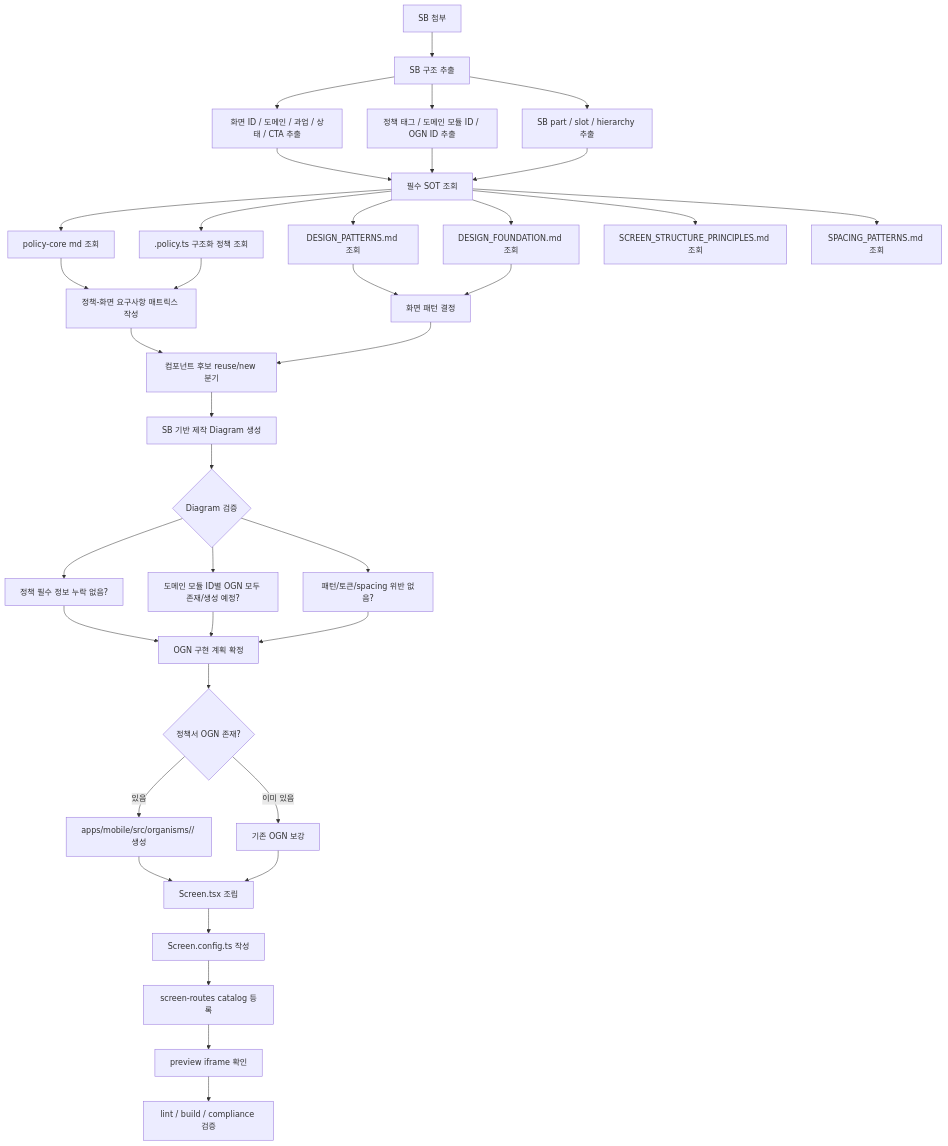
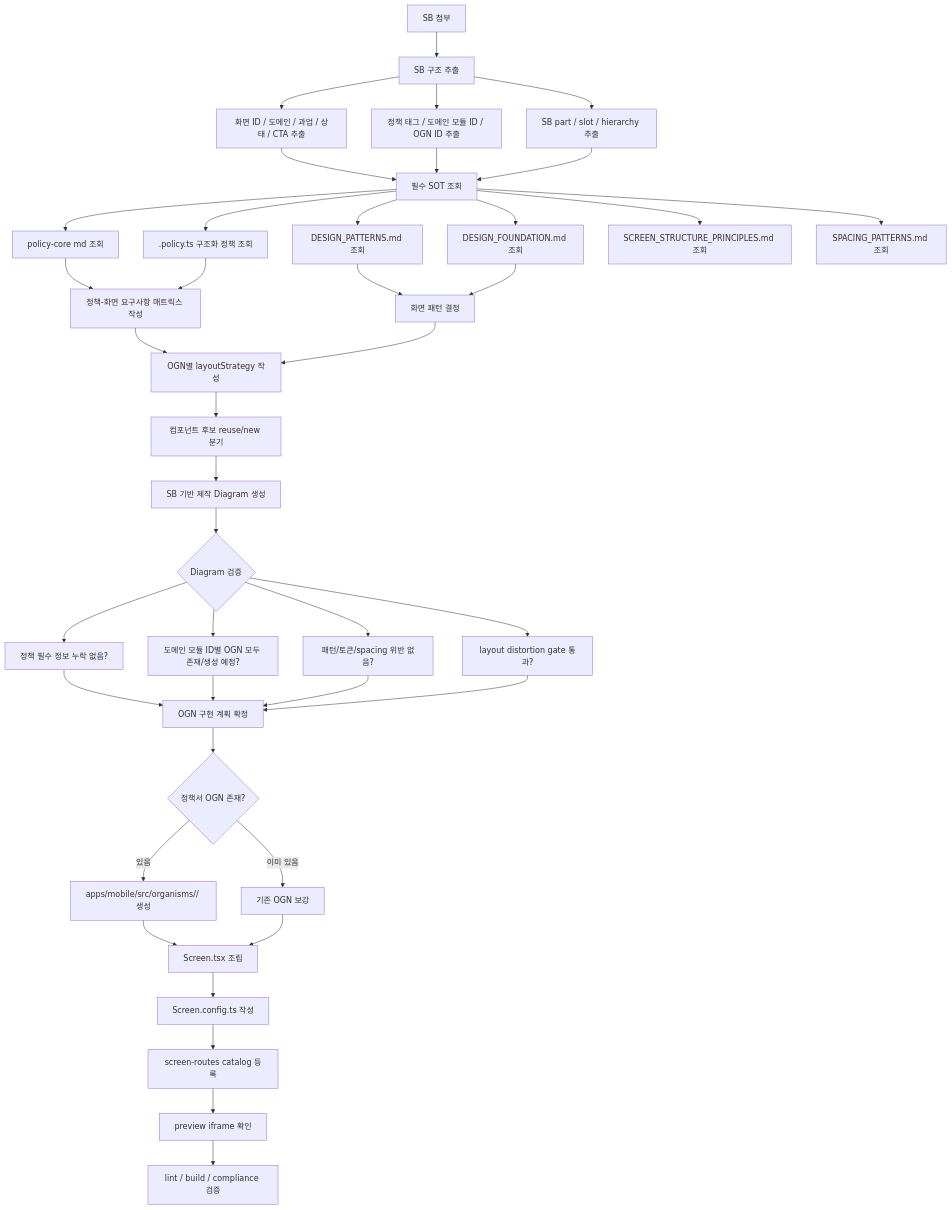
Before and after one commit to ewoooo/rnd-screen-to-screen: the diagram in SCREEN_GENERATION_FLOW.md, drawn with Mermaid. The commit also changed other lines of this file and 153 other files, not shown here.

Commit message:
Improve legacy converted MBR diagrams and components

````diff
--- a/SCREEN_GENERATION_FLOW.md
+++ b/SCREEN_GENERATION_FLOW.md
@@ -7,49 +7,52 @@
 ```mermaid
 flowchart TD
     A["SB 첨부"] --> B["SB 구조 추출"]
     B --> B1["화면 ID / 도메인 / 과업 / 상태 / CTA 추출"]
     B --> B2["정책 태그 / 도메인 모듈 ID / OGN ID 추출"]
     B --> B3["SB part / slot / hierarchy 추출"]
 
     B1 --> C["필수 SOT 조회"]
     B2 --> C
     B3 --> C
 
     C --> C1["policy-core md 조회"]
     C --> C2[".policy.ts 구조화 정책 조회"]
     C --> C3["DESIGN_PATTERNS.md 조회"]
     C --> C4["DESIGN_FOUNDATION.md 조회"]
     C --> C5["SCREEN_STRUCTURE_PRINCIPLES.md 조회"]
     C --> C6["SPACING_PATTERNS.md 조회"]
 
     C1 --> D["정책-화면 요구사항 매트릭스 작성"]
     C2 --> D
     C3 --> E["화면 패턴 결정"]
     C4 --> E
 
-    D --> E1["컴포넌트 후보 reuse/new 분기"]
-    E --> E1
+    D --> E0["OGN별 layoutStrategy 작성"]
+    E --> E0
+    E0 --> E1["컴포넌트 후보 reuse/new 분기"]
 
     E1 --> F["SB 기반 제작 Diagram 생성"]
 
     F --> G{"Diagram 검증"}
     G --> G1["정책 필수 정보 누락 없음?"]
     G --> G2["도메인 모듈 ID별 OGN 모두 존재/생성 예정?"]
     G --> G3["패턴/토큰/spacing 위반 없음?"]
+    G --> G4["layout distortion gate 통과?"]
 
     G1 --> H["OGN 구현 계획 확정"]
     G2 --> H
     G3 --> H
+    G4 --> H
 
     H --> I{"정책서 OGN 존재?"}
     I -- "있음" --> J["apps/mobile/src/organisms/<domain>/<ogn> 생성"]
     I -- "이미 있음" --> K["기존 OGN 보강"]
 
     J --> L["Screen.tsx 조립"]
     K --> L
 
     L --> M["Screen.config.ts 작성"]
     M --> N["screen-routes catalog 등록"]
     N --> O["preview iframe 확인"]
     O --> P["lint / build / compliance 검증"]
 ```
````
